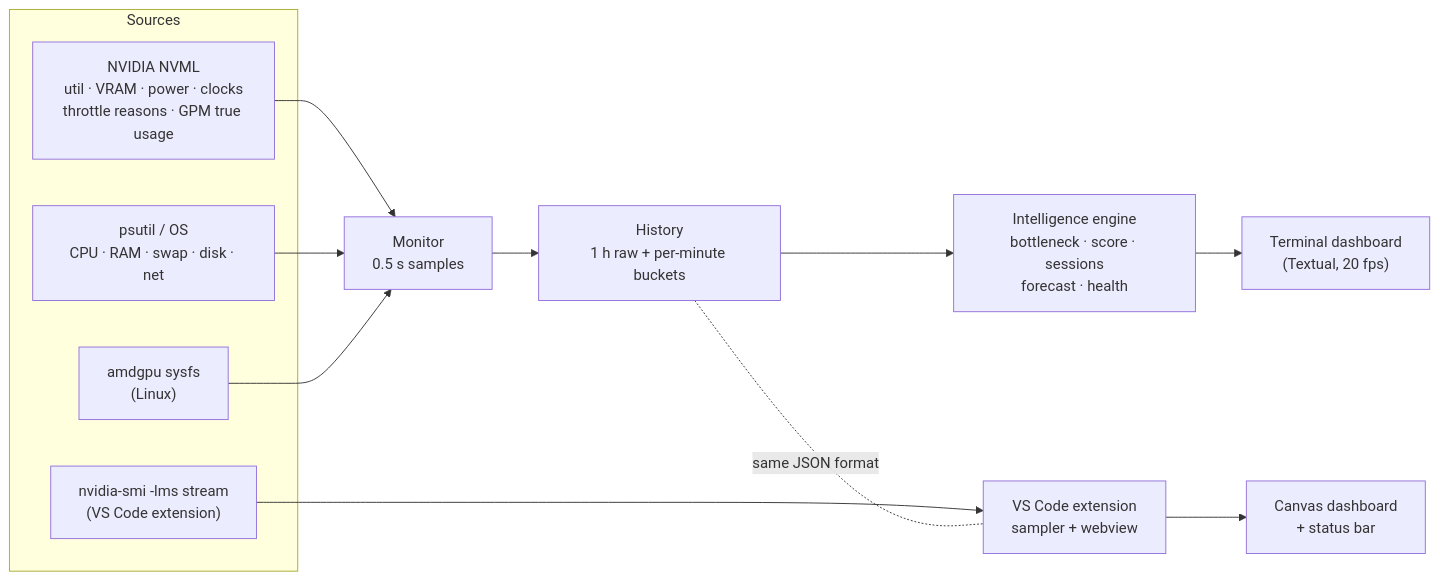
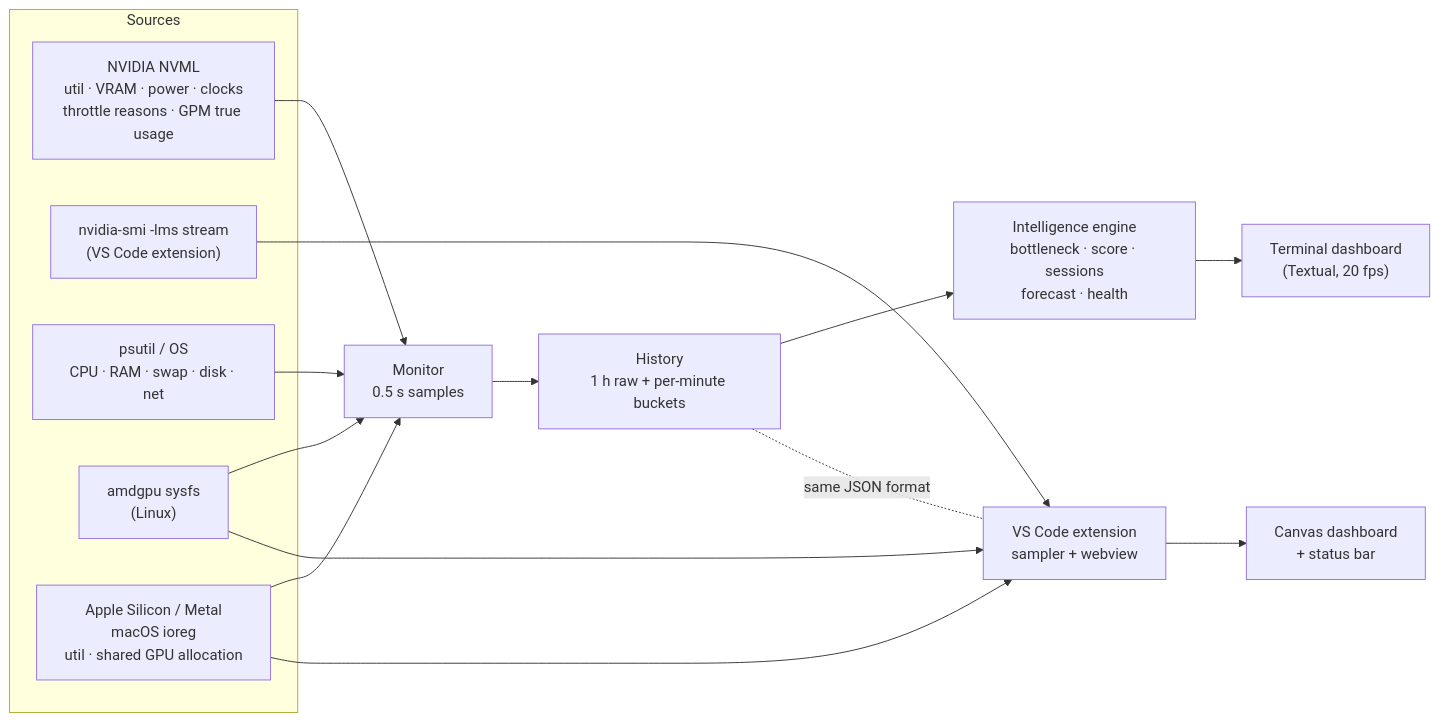
The diagram in README.md (Optimizer077/gpu-pulse), drawn with Mermaid before and after one commit. The commit also changed other lines of this file and 3 other files, not shown here.

First line of the commit message:
docs: showcase Apple Metal support with screenshots and feature checks

````diff
--- a/README.md
+++ b/README.md
@@ -329,18 +361,22 @@
 ```mermaid
 flowchart LR
     subgraph Sources
         NVML["NVIDIA NVML<br/>util · VRAM · power · clocks<br/>throttle reasons · GPM true usage"]
         SMI["nvidia-smi -lms stream<br/>(VS Code extension)"]
         SYS["psutil / OS<br/>CPU · RAM · swap · disk · net"]
         AMD["amdgpu sysfs<br/>(Linux)"]
+        METAL["Apple Silicon / Metal<br/>macOS ioreg<br/>util · shared GPU allocation"]
     end
     NVML --> MON
     SMI --> EXT
     SYS --> MON
     AMD --> MON
+    AMD --> EXT
+    METAL --> MON
+    METAL --> EXT
     MON["Monitor<br/>0.5 s samples"] --> HIST["History<br/>1 h raw + per-minute buckets"]
     HIST --> INTEL["Intelligence engine<br/>bottleneck · score · sessions<br/>forecast · health"]
     INTEL --> TUI["Terminal dashboard<br/>(Textual, 20 fps)"]
     EXT["VS Code extension<br/>sampler + webview"] --> UI["Canvas dashboard<br/>+ status bar"]
     HIST -. "same JSON format" .- EXT
 ```
````
